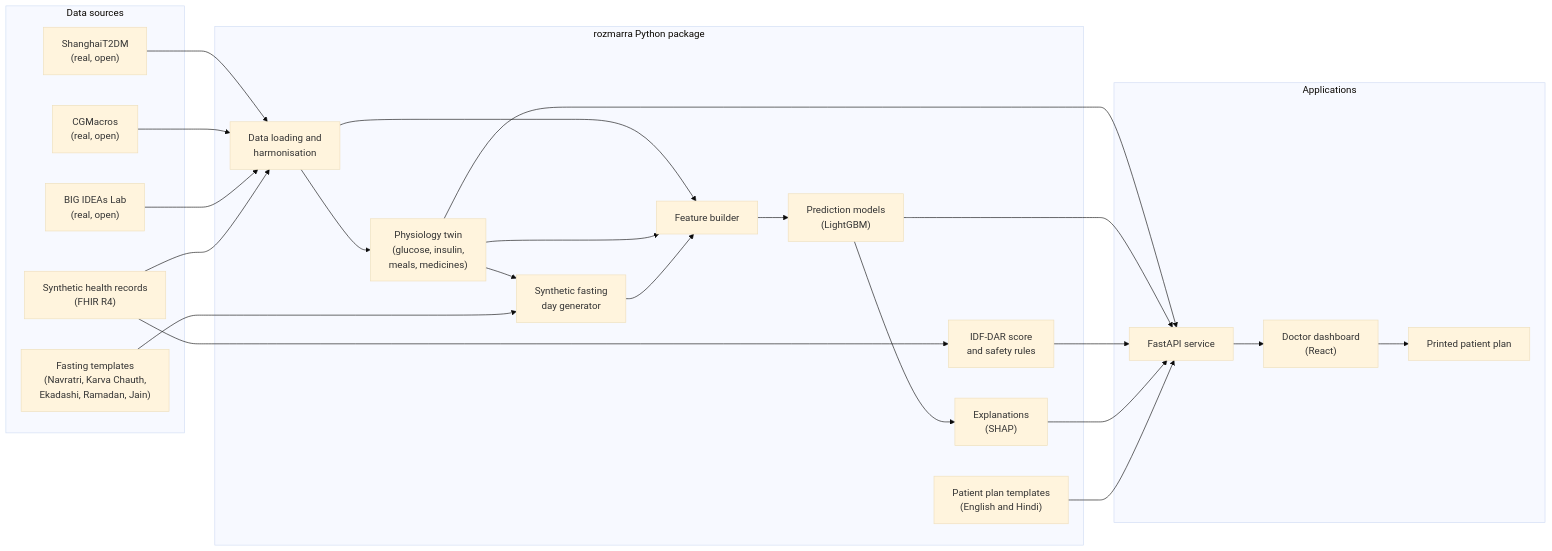
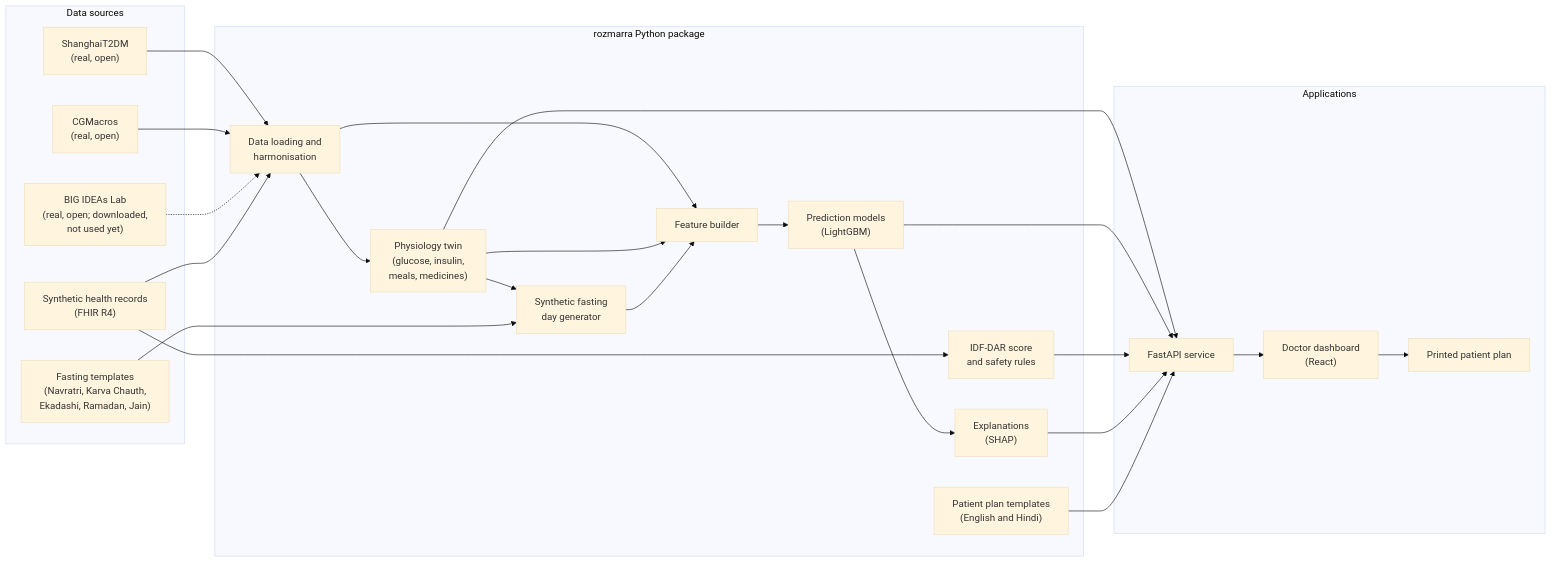
The diagram in README.md (lucifer-135/Rozmarra), drawn with Mermaid (base theme) before and after one commit. The commit also changed other lines of this file and 2 other files, not shown here.

````diff
--- a/README.md
+++ b/README.md
@@ -66,45 +66,45 @@
 ```mermaid
 flowchart LR
   subgraph Sources["Data sources"]
     S1["ShanghaiT2DM<br/>(real, open)"]
     S2["CGMacros<br/>(real, open)"]
-    S3["BIG IDEAs Lab<br/>(real, open)"]
+    S3["BIG IDEAs Lab<br/>(real, open; downloaded,<br/>not used yet)"]
     S4["Synthetic health records<br/>(FHIR R4)"]
     S5["Fasting templates<br/>(Navratri, Karva Chauth,<br/>Ekadashi, Ramadan, Jain)"]
   end
   subgraph Core["rozmarra Python package"]
     A["Data loading and<br/>harmonisation"]
     B["Physiology twin<br/>(glucose, insulin,<br/>meals, medicines)"]
     C["Synthetic fasting<br/>day generator"]
     D["Feature builder"]
     E["Prediction models<br/>(LightGBM)"]
     F["IDF-DAR score<br/>and safety rules"]
     G["Explanations<br/>(SHAP)"]
     H["Patient plan templates<br/>(English and Hindi)"]
   end
   subgraph Apps["Applications"]
     API["FastAPI service"]
     UI["Doctor dashboard<br/>(React)"]
     P["Printed patient plan"]
   end
   S1 --> A
   S2 --> A
-  S3 --> A
+  S3 -.-> A
   S4 --> A
   A --> B
   B --> C
   S5 --> C
   A --> D
   B --> D
   C --> D
   D --> E
   E --> G
   S4 --> F
   B --> API
   E --> API
   F --> API
   G --> API
   H --> API
   API --> UI
   UI --> P
 ```
````
